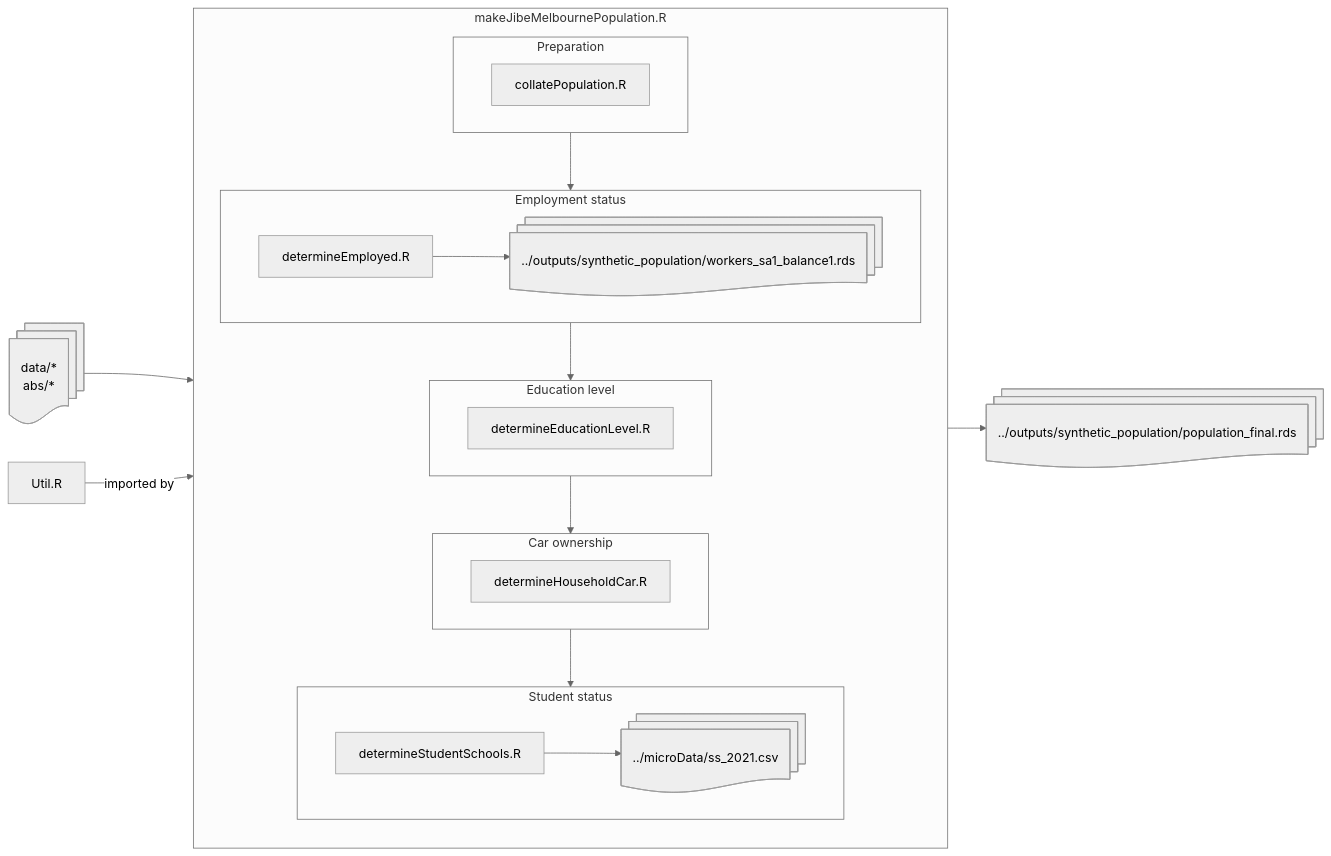
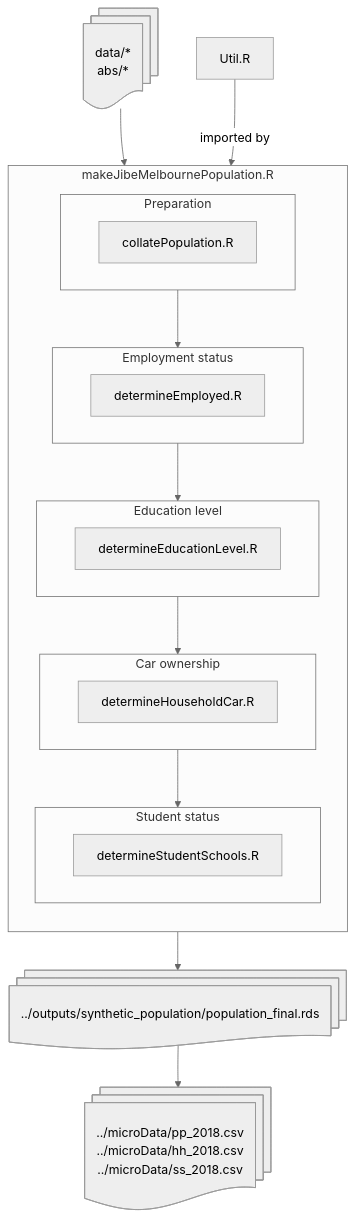
One commit to jibeproject/syntheticPopulationMelbourne changed the diagram in README.md. Above: the diagram before and after it, drawn with Mermaid (neutral theme). The commit also changed 2 other files, not shown here.

Commit message:
updates towards #4

````diff
--- a/README.md
+++ b/README.md
@@ -28,27 +28,28 @@
 ```mermaid
-flowchart LR
+flowchart TB
     subgraph makeJibeMelbournePopulation.R
         direction TB
         subgraph Preparation
             collatePopulation.R
         end
         subgraph Employment ["Employment status"]
             direction LR
-            determineEmployed.R -->workData@{ shape: docs, label: "../outputs/synthetic_population/workers_sa1_balance1.rds"}
+            determineEmployed.R
         end
         subgraph Education ["Education level"]
             determineEducationLevel.R
         end
         subgraph Car ["Car ownership"]
             determineHouseholdCar.R
         end
         subgraph Students ["Student status"]
             direction LR
-            determineStudentSchools.R --> microdata@{ shape: docs, label: "../microData/ss_2021.csv"}
+            determineStudentSchools.R
         end
     end
     Preparation --> Employment --> Education --> Car --> Students
     input@{ shape: docs, label: "data/*\nabs/*\n"}--> makeJibeMelbournePopulation.R
     Util.R--imported by-->makeJibeMelbournePopulation.R
     makeJibeMelbournePopulation.R --> population@{ shape: docs, label: "../outputs/synthetic_population/population_final.rds"}
+    population@{ shape: docs, label: "../outputs/synthetic_population/population_final.rds"} --> microdata@{ shape: docs, label: "../microData/pp_2018.csv\n../microData/hh_2018.csv\n../microData/ss_2018.csv"}
 ```
````
